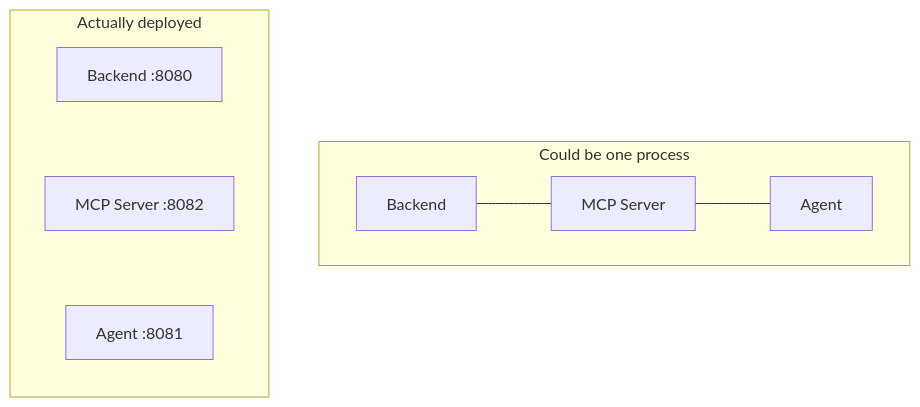
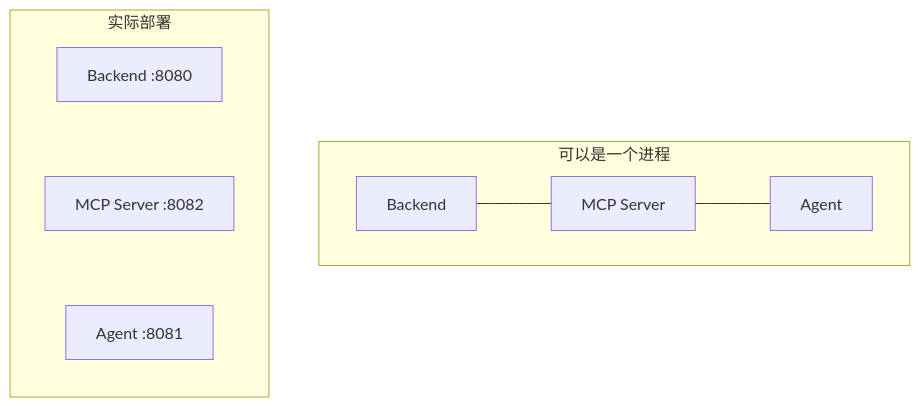
The third of 3 diagrams in README.md (reallyhwc/test-learn-agent), drawn with Mermaid before and after one commit. The commit also changed other lines of this file and 2 other files, not shown here.

````diff
--- a/README.md
+++ b/README.md
@@ -83,14 +83,14 @@
 ```mermaid
 graph TB
-    subgraph "Could be one process"
+    subgraph "可以是一个进程"
         direction LR
         A[Backend] --- M[MCP Server] --- G[Agent]
     end
-    subgraph "Actually deployed"
+    subgraph "实际部署"
         direction TB
         A2[Backend :8080]
         M2[MCP Server :8082]
         G2[Agent :8081]
         A2 ~~~ M2 ~~~ G2
     end
 ```
````
